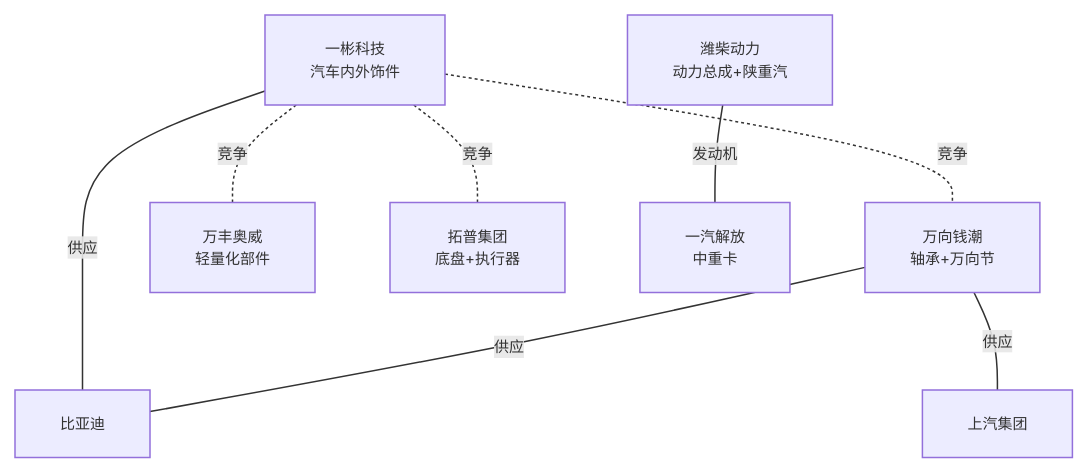
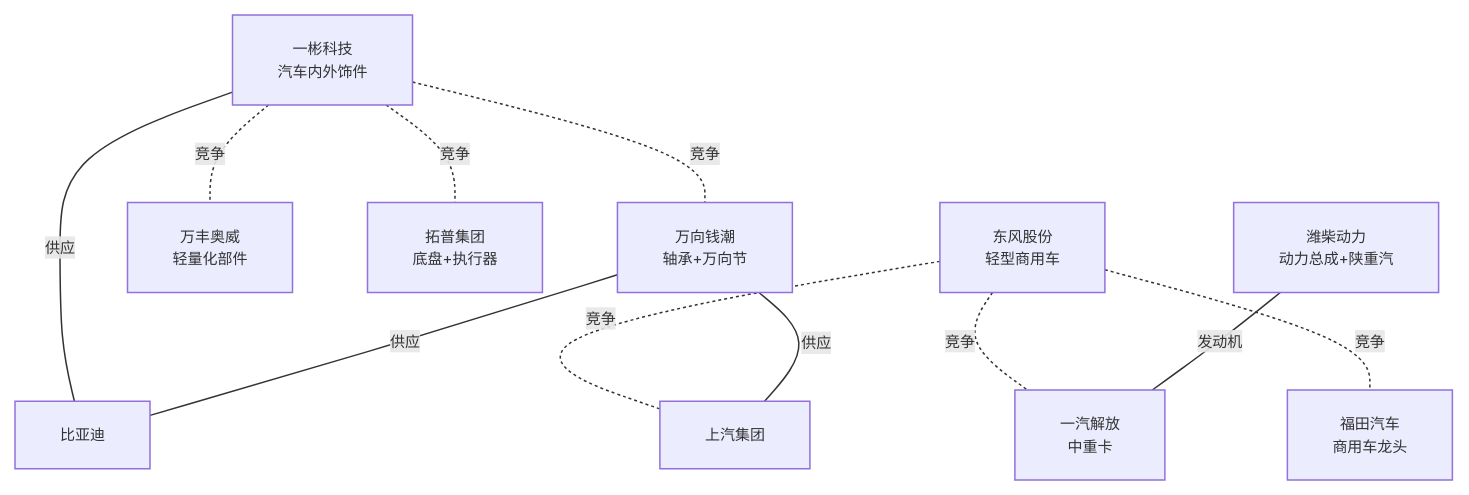
One commit to zhangbo1882/open-industry changed the ninth of 23 diagrams in industry/wiki/syntheses/公司关联图谱.md. Above: the diagram before and after it, drawn with Mermaid. The commit also changed other lines of this file and 7 other files, not shown here.

````diff
--- a/industry/wiki/syntheses/公司关联图谱.md
+++ b/industry/wiki/syntheses/公司关联图谱.md
@@ -854,23 +861,28 @@
 ```mermaid
 %%{init: {'themeVariables': {'fontSize': '10px'}}}%%
 graph TB
     一彬科技[一彬科技<br/>汽车内外饰件]
     万向钱潮[万向钱潮<br/>轴承+万向节]
     万丰奥威[万丰奥威<br/>轻量化部件]
     拓普集团[拓普集团<br/>底盘+执行器]
     一汽解放[一汽解放<br/>中重卡]
     潍柴动力[潍柴动力<br/>动力总成+陕重汽]
     比亚迪[比亚迪]
     上汽[上汽集团]
+    东风股份[东风股份<br/>轻型商用车]
+    福田汽车[福田汽车<br/>商用车龙头]
+    东风股份 -.-|竞争| 福田汽车
+    东风股份 -.-|竞争| 上汽
+    东风股份 -.-|竞争| 一汽解放
 
     一彬科技 -.-|竞争| 万向钱潮
     一彬科技 -.-|竞争| 万丰奥威
     一彬科技 -.-|竞争| 拓普集团
     一彬科技 ---|供应| 比亚迪
     万向钱潮 ---|供应| 比亚迪
     万向钱潮 ---|供应| 上汽
     潍柴动力 ---|发动机| 一汽解放
 
     classDef business fill:#4dabf7,color:#fff,stroke:#1971c2
     classDef competition fill:#ffd43b,color:#333,stroke:#fab005
 ```
````
